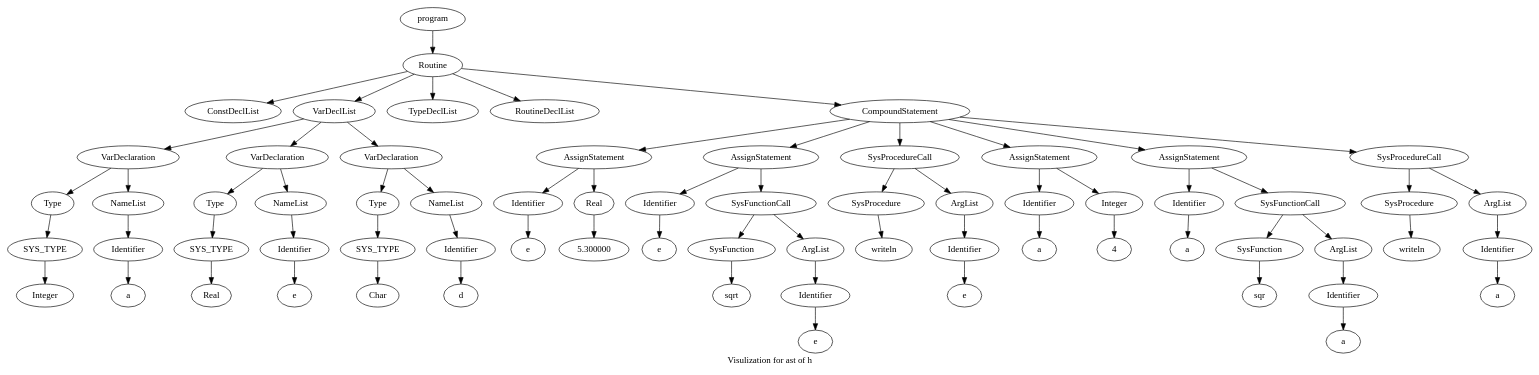
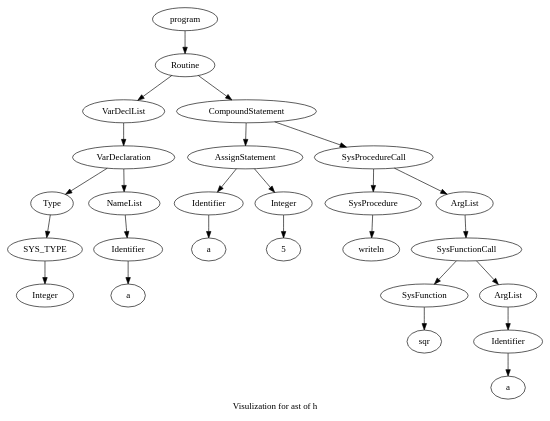
The diagram in h_ast.dot (haruhiui/SPL-Compiler), drawn with Graphviz before and after one commit. The commit also changed 32 other files, not shown here.

```diff
--- a/h_ast.dot
+++ b/h_ast.dot
@@ -1,138 +1,54 @@
 digraph "Visulization for ast of h"{
     label="Visulization for ast of h";
     Nodeprogram_0 [label="program"]
     Nodeprogram_0 -> NodeRoutine_1
     NodeRoutine_1 [label="Routine"]
-    NodeRoutine_1 -> NodeConstDeclList_2
-    NodeConstDeclList_2 [label="ConstDeclList"]
-    NodeRoutine_1 -> NodeVarDeclList_3
-    NodeVarDeclList_3 [label="VarDeclList"]
-    NodeVarDeclList_3 -> NodeVarDeclaration_4
-    NodeVarDeclaration_4 [label="VarDeclaration"]
-    NodeVarDeclaration_4 -> NodeType_5
-    NodeType_5 [label="Type"]
-    NodeType_5 -> NodeSYS_TYPE_6
-    NodeSYS_TYPE_6 [label="SYS_TYPE"]
-    NodeSYS_TYPE_6 -> NodeInteger_7
-    NodeInteger_7 [label="Integer"]
-    NodeVarDeclaration_4 -> NodeNameList_8
-    NodeNameList_8 [label="NameList"]
-    NodeNameList_8 -> NodeIdentifier_9
-    NodeIdentifier_9 [label="Identifier"]
-    NodeIdentifier_9 -> Nodea_10
-    Nodea_10 [label="a"]
-    NodeVarDeclList_3 -> NodeVarDeclaration_11
-    NodeVarDeclaration_11 [label="VarDeclaration"]
-    NodeVarDeclaration_11 -> NodeType_12
-    NodeType_12 [label="Type"]
-    NodeType_12 -> NodeSYS_TYPE_13
-    NodeSYS_TYPE_13 [label="SYS_TYPE"]
-    NodeSYS_TYPE_13 -> NodeReal_14
-    NodeReal_14 [label="Real"]
-    NodeVarDeclaration_11 -> NodeNameList_15
-    NodeNameList_15 [label="NameList"]
-    NodeNameList_15 -> NodeIdentifier_16
-    NodeIdentifier_16 [label="Identifier"]
-    NodeIdentifier_16 -> Nodee_17
-    Nodee_17 [label="e"]
-    NodeVarDeclList_3 -> NodeVarDeclaration_18
-    NodeVarDeclaration_18 [label="VarDeclaration"]
-    NodeVarDeclaration_18 -> NodeType_19
-    NodeType_19 [label="Type"]
-    NodeType_19 -> NodeSYS_TYPE_20
-    NodeSYS_TYPE_20 [label="SYS_TYPE"]
-    NodeSYS_TYPE_20 -> NodeChar_21
-    NodeChar_21 [label="Char"]
-    NodeVarDeclaration_18 -> NodeNameList_22
-    NodeNameList_22 [label="NameList"]
-    NodeNameList_22 -> NodeIdentifier_23
-    NodeIdentifier_23 [label="Identifier"]
-    NodeIdentifier_23 -> Noded_24
-    Noded_24 [label="d"]
-    NodeRoutine_1 -> NodeTypeDeclList_25
-    NodeTypeDeclList_25 [label="TypeDeclList"]
-    NodeRoutine_1 -> NodeRoutineDeclList_26
-    NodeRoutineDeclList_26 [label="RoutineDeclList"]
-    NodeRoutine_1 -> NodeCompoundStatement_27
-    NodeCompoundStatement_27 [label="CompoundStatement"]
-    NodeCompoundStatement_27 -> NodeAssignStatement_28
-    NodeAssignStatement_28 [label="AssignStatement"]
-    NodeAssignStatement_28 -> NodeIdentifier_29
-    NodeIdentifier_29 [label="Identifier"]
-    NodeIdentifier_29 -> Nodee_30
-    Nodee_30 [label="e"]
-    NodeAssignStatement_28 -> NodeReal_31
-    NodeReal_31 [label="Real"]
-    NodeReal_31 -> Node5DOT300000_32
-    Node5DOT300000_32 [label="5.300000"]
-    NodeCompoundStatement_27 -> NodeAssignStatement_33
-    NodeAssignStatement_33 [label="AssignStatement"]
-    NodeAssignStatement_33 -> NodeIdentifier_34
-    NodeIdentifier_34 [label="Identifier"]
-    NodeIdentifier_34 -> Nodee_35
-    Nodee_35 [label="e"]
-    NodeAssignStatement_33 -> NodeSysFunctionCall_36
-    NodeSysFunctionCall_36 [label="SysFunctionCall"]
-    NodeSysFunctionCall_36 -> NodeSysFunction_37
-    NodeSysFunction_37 [label="SysFunction"]
-    NodeSysFunction_37 -> Nodesqrt_38
-    Nodesqrt_38 [label="sqrt"]
-    NodeSysFunctionCall_36 -> NodeArgList_39
-    NodeArgList_39 [label="ArgList"]
-    NodeArgList_39 -> NodeIdentifier_40
-    NodeIdentifier_40 [label="Identifier"]
-    NodeIdentifier_40 -> Nodee_41
-    Nodee_41 [label="e"]
-    NodeCompoundStatement_27 -> NodeSysProcedureCall_42
-    NodeSysProcedureCall_42 [label="SysProcedureCall"]
-    NodeSysProcedureCall_42 -> NodeSysProcedure_43
-    NodeSysProcedure_43 [label="SysProcedure"]
-    NodeSysProcedure_43 -> Nodewriteln_44
-    Nodewriteln_44 [label="writeln"]
-    NodeSysProcedureCall_42 -> NodeArgList_45
-    NodeArgList_45 [label="ArgList"]
-    NodeArgList_45 -> NodeIdentifier_46
-    NodeIdentifier_46 [label="Identifier"]
-    NodeIdentifier_46 -> Nodee_47
-    Nodee_47 [label="e"]
-    NodeCompoundStatement_27 -> NodeAssignStatement_48
-    NodeAssignStatement_48 [label="AssignStatement"]
-    NodeAssignStatement_48 -> NodeIdentifier_49
-    NodeIdentifier_49 [label="Identifier"]
-    NodeIdentifier_49 -> Nodea_50
-    Nodea_50 [label="a"]
-    NodeAssignStatement_48 -> NodeInteger_51
-    NodeInteger_51 [label="Integer"]
-    NodeInteger_51 -> Node4_52
-    Node4_52 [label="4"]
-    NodeCompoundStatement_27 -> NodeAssignStatement_53
-    NodeAssignStatement_53 [label="AssignStatement"]
-    NodeAssignStatement_53 -> NodeIdentifier_54
-    NodeIdentifier_54 [label="Identifier"]
-    NodeIdentifier_54 -> Nodea_55
-    Nodea_55 [label="a"]
-    NodeAssignStatement_53 -> NodeSysFunctionCall_56
-    NodeSysFunctionCall_56 [label="SysFunctionCall"]
-    NodeSysFunctionCall_56 -> NodeSysFunction_57
-    NodeSysFunction_57 [label="SysFunction"]
-    NodeSysFunction_57 -> Nodesqr_58
-    Nodesqr_58 [label="sqr"]
-    NodeSysFunctionCall_56 -> NodeArgList_59
-    NodeArgList_59 [label="ArgList"]
-    NodeArgList_59 -> NodeIdentifier_60
-    NodeIdentifier_60 [label="Identifier"]
-    NodeIdentifier_60 -> Nodea_61
-    Nodea_61 [label="a"]
-    NodeCompoundStatement_27 -> NodeSysProcedureCall_62
-    NodeSysProcedureCall_62 [label="SysProcedureCall"]
-    NodeSysProcedureCall_62 -> NodeSysProcedure_63
-    NodeSysProcedure_63 [label="SysProcedure"]
-    NodeSysProcedure_63 -> Nodewriteln_64
-    Nodewriteln_64 [label="writeln"]
-    NodeSysProcedureCall_62 -> NodeArgList_65
-    NodeArgList_65 [label="ArgList"]
-    NodeArgList_65 -> NodeIdentifier_66
-    NodeIdentifier_66 [label="Identifier"]
-    NodeIdentifier_66 -> Nodea_67
-    Nodea_67 [label="a"]
+    NodeRoutine_1 -> NodeVarDeclList_2
+    NodeVarDeclList_2 [label="VarDeclList"]
+    NodeVarDeclList_2 -> NodeVarDeclaration_3
+    NodeVarDeclaration_3 [label="VarDeclaration"]
+    NodeVarDeclaration_3 -> NodeType_4
+    NodeType_4 [label="Type"]
+    NodeType_4 -> NodeSYS_TYPE_5
+    NodeSYS_TYPE_5 [label="SYS_TYPE"]
+    NodeSYS_TYPE_5 -> NodeInteger_6
+    NodeInteger_6 [label="Integer"]
+    NodeVarDeclaration_3 -> NodeNameList_7
+    NodeNameList_7 [label="NameList"]
+    NodeNameList_7 -> NodeIdentifier_8
+    NodeIdentifier_8 [label="Identifier"]
+    NodeIdentifier_8 -> Nodea_9
+    Nodea_9 [label="a"]
+    NodeRoutine_1 -> NodeCompoundStatement_10
+    NodeCompoundStatement_10 [label="CompoundStatement"]
+    NodeCompoundStatement_10 -> NodeAssignStatement_11
+    NodeAssignStatement_11 [label="AssignStatement"]
+    NodeAssignStatement_11 -> NodeIdentifier_12
+    NodeIdentifier_12 [label="Identifier"]
+    NodeIdentifier_12 -> Nodea_13
+    Nodea_13 [label="a"]
+    NodeAssignStatement_11 -> NodeInteger_14
+    NodeInteger_14 [label="Integer"]
+    NodeInteger_14 -> Node5_15
+    Node5_15 [label="5"]
+    NodeCompoundStatement_10 -> NodeSysProcedureCall_16
+    NodeSysProcedureCall_16 [label="SysProcedureCall"]
+    NodeSysProcedureCall_16 -> NodeSysProcedure_17
+    NodeSysProcedure_17 [label="SysProcedure"]
+    NodeSysProcedure_17 -> Nodewriteln_18
+    Nodewriteln_18 [label="writeln"]
+    NodeSysProcedureCall_16 -> NodeArgList_19
+    NodeArgList_19 [label="ArgList"]
+    NodeArgList_19 -> NodeSysFunctionCall_20
+    NodeSysFunctionCall_20 [label="SysFunctionCall"]
+    NodeSysFunctionCall_20 -> NodeSysFunction_21
+    NodeSysFunction_21 [label="SysFunction"]
+    NodeSysFunction_21 -> Nodesqr_22
+    Nodesqr_22 [label="sqr"]
+    NodeSysFunctionCall_20 -> NodeArgList_23
+    NodeArgList_23 [label="ArgList"]
+    NodeArgList_23 -> NodeIdentifier_24
+    NodeIdentifier_24 [label="Identifier"]
+    NodeIdentifier_24 -> Nodea_25
+    Nodea_25 [label="a"]
 }
```
